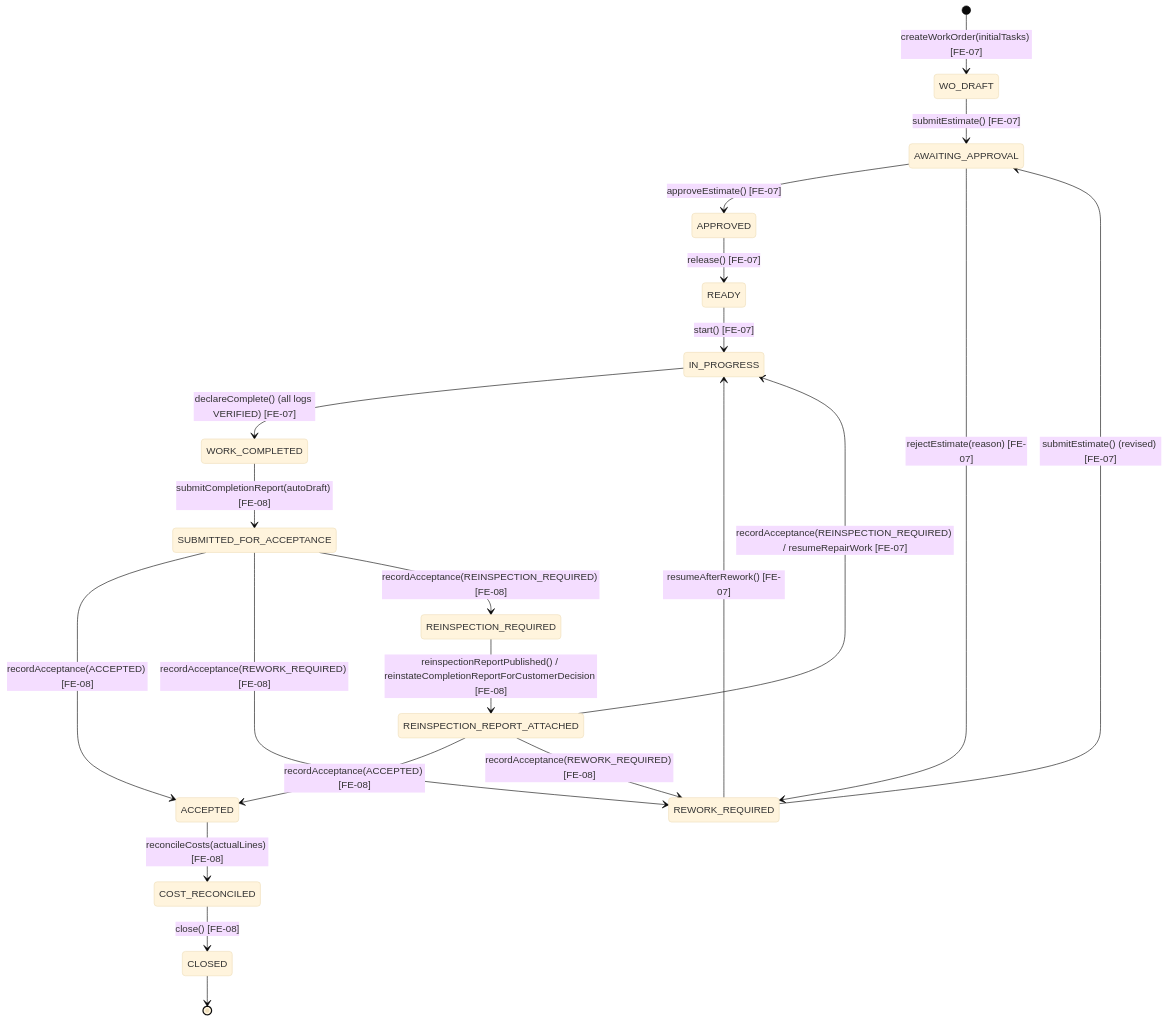
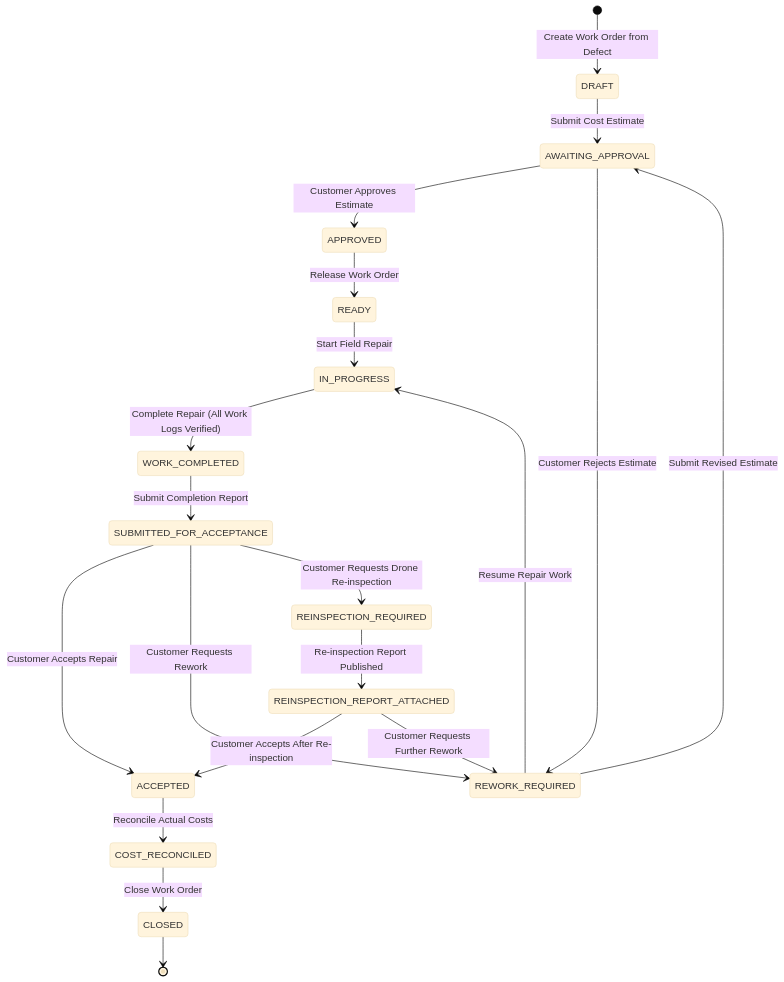
The fifth of 5 diagrams in reports/report-4-software-design-document/02-database-design.md (tungbach12/SmartDroneInspection-Docs), drawn with Mermaid (base theme) before and after one commit. The commit also changed other lines of this file and 206 other files, not shown here.

First line of the commit message:
docs(reports): synchronize Report 1-5 changes, update diagrams, and clean exports

````diff
--- a/reports/report-4-software-design-document/02-database-design.md
+++ b/reports/report-4-software-design-document/02-database-design.md
@@ -732,25 +188,24 @@
 ```mermaid
-%% title: MaintenanceWorkOrder 12-State Lifecycle Diagram
+%% title: Maintenance Work Order Lifecycle State Machine Diagram
 stateDiagram-v2
   direction TB
-  [*] --> WO_DRAFT : createWorkOrder(initialTasks) [FE-07]
-  WO_DRAFT --> AWAITING_APPROVAL : submitEstimate() [FE-07]
-  AWAITING_APPROVAL --> APPROVED : approveEstimate() [FE-07]
-  AWAITING_APPROVAL --> REWORK_REQUIRED : rejectEstimate(reason) [FE-07]
-  REWORK_REQUIRED --> AWAITING_APPROVAL : submitEstimate() (revised) [FE-07]
-  APPROVED --> READY : release() [FE-07]
-  READY --> IN_PROGRESS : start() [FE-07]
-  IN_PROGRESS --> WORK_COMPLETED : declareComplete() (all logs VERIFIED) [FE-07]
-  WORK_COMPLETED --> SUBMITTED_FOR_ACCEPTANCE : submitCompletionReport(autoDraft) [FE-08]
-  SUBMITTED_FOR_ACCEPTANCE --> ACCEPTED : recordAcceptance(ACCEPTED) [FE-08]
-  SUBMITTED_FOR_ACCEPTANCE --> REWORK_REQUIRED : recordAcceptance(REWORK_REQUIRED) [FE-08]
-  SUBMITTED_FOR_ACCEPTANCE --> REINSPECTION_REQUIRED : recordAcceptance(REINSPECTION_REQUIRED) [FE-08]
-  REWORK_REQUIRED --> IN_PROGRESS : resumeAfterRework() [FE-07]
-  REINSPECTION_REQUIRED --> REINSPECTION_REPORT_ATTACHED : reinspectionReportPublished() / reinstateCompletionReportForCustomerDecision [FE-08]
-  REINSPECTION_REPORT_ATTACHED --> ACCEPTED : recordAcceptance(ACCEPTED) [FE-08]
-  REINSPECTION_REPORT_ATTACHED --> REWORK_REQUIRED : recordAcceptance(REWORK_REQUIRED) [FE-08]
-  REINSPECTION_REPORT_ATTACHED --> IN_PROGRESS : recordAcceptance(REINSPECTION_REQUIRED) / resumeRepairWork [FE-07]
-  ACCEPTED --> COST_RECONCILED : reconcileCosts(actualLines) [FE-08]
-  COST_RECONCILED --> CLOSED : close() [FE-08]
+  [*] --> DRAFT : Create Work Order from Defect
+  DRAFT --> AWAITING_APPROVAL : Submit Cost Estimate
+  AWAITING_APPROVAL --> APPROVED : Customer Approves Estimate
+  AWAITING_APPROVAL --> REWORK_REQUIRED : Customer Rejects Estimate
+  REWORK_REQUIRED --> AWAITING_APPROVAL : Submit Revised Estimate
+  APPROVED --> READY : Release Work Order
+  READY --> IN_PROGRESS : Start Field Repair
+  IN_PROGRESS --> WORK_COMPLETED : Complete Repair (All Work Logs Verified)
+  WORK_COMPLETED --> SUBMITTED_FOR_ACCEPTANCE : Submit Completion Report
+  SUBMITTED_FOR_ACCEPTANCE --> ACCEPTED : Customer Accepts Repair
+  SUBMITTED_FOR_ACCEPTANCE --> REWORK_REQUIRED : Customer Requests Rework
+  SUBMITTED_FOR_ACCEPTANCE --> REINSPECTION_REQUIRED : Customer Requests Drone Re-inspection
+  REWORK_REQUIRED --> IN_PROGRESS : Resume Repair Work
+  REINSPECTION_REQUIRED --> REINSPECTION_REPORT_ATTACHED : Re-inspection Report Published
+  REINSPECTION_REPORT_ATTACHED --> ACCEPTED : Customer Accepts After Re-inspection
+  REINSPECTION_REPORT_ATTACHED --> REWORK_REQUIRED : Customer Requests Further Rework
+  ACCEPTED --> COST_RECONCILED : Reconcile Actual Costs
+  COST_RECONCILED --> CLOSED : Close Work Order
   CLOSED --> [*]
 ```
````
